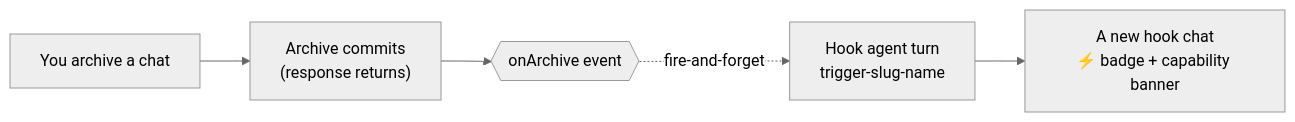
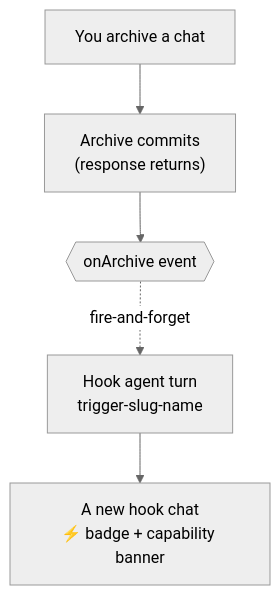
Before and after one commit to edspencer/paddock: the diagram in website/src/content/docs/concepts/hooks.md, drawn with Mermaid (neutral theme). The commit also changed 5 other files, not shown here.

First line of the commit message:
fix(website): stop Mermaid diagrams rendering at 3px

````diff
--- a/website/src/content/docs/concepts/hooks.md
+++ b/website/src/content/docs/concepts/hooks.md
@@ -50,7 +50,9 @@
 ```mermaid
-flowchart LR
+%% TB, not LR: this chain is 1293px wide laid out horizontally and gets scaled
+%% ~2x down into the prose column. Stacked it is 276px, so it renders 1:1.
+flowchart TB
   A["You archive a chat"] --> B["Archive commits<br/>(response returns)"]
   B --> C{{"onArchive event"}}
   C -. "fire-and-forget" .-> D["Hook agent turn<br/>trigger-slug-name"]
   D --> E["A new hook chat<br/>⚡ badge + capability banner"]
 ```
````
